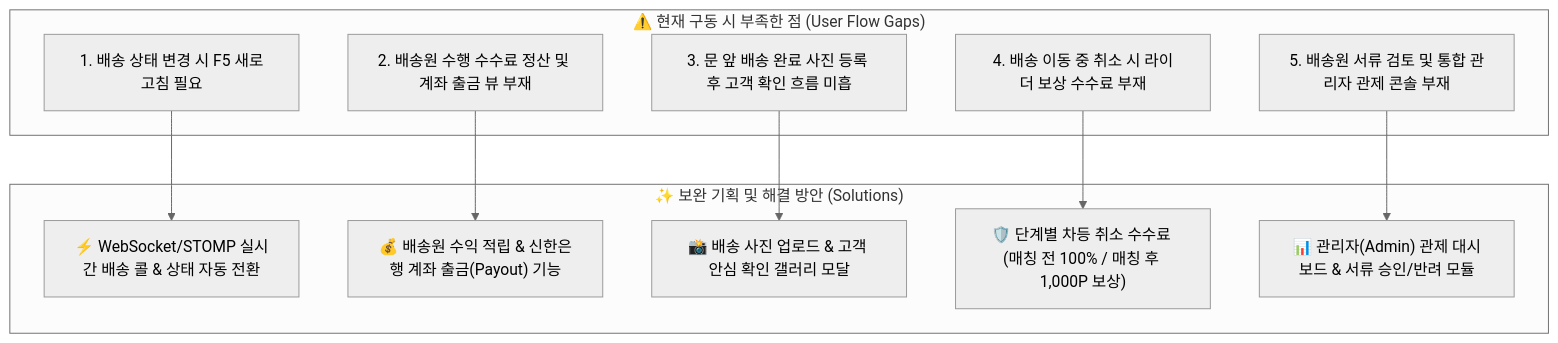
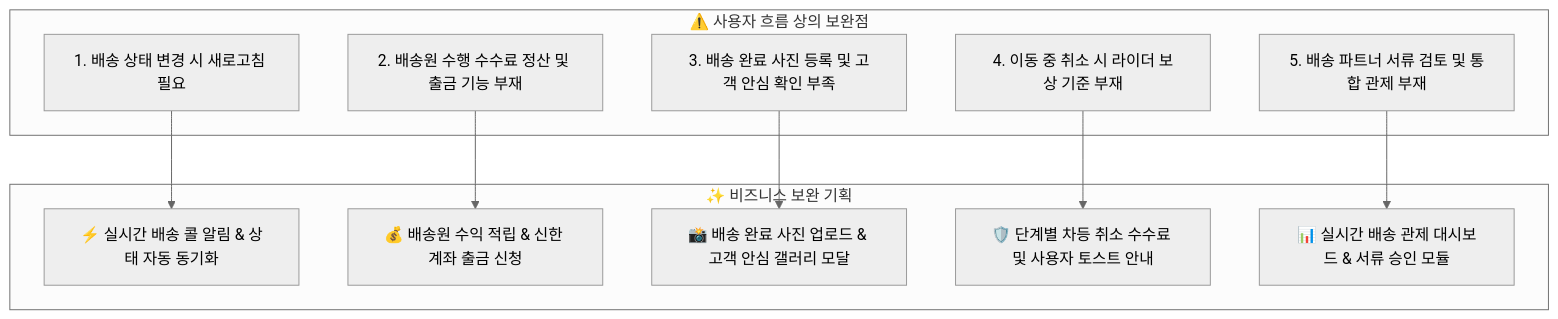
The first of 2 diagrams in docs/architecture/프로덕트-고도화-및-유저플로우-보완-기획서.md (ShinhanDSProject/shinhan-delivery), drawn with Mermaid (neutral theme) before and after one commit. The commit also changed other lines of this file, not shown here.

Commit message:
docs: 프로덕트 고도화 기획서에서 저시점 기술 용어를 제외하고 기획/비즈니스 중심으로 정제

````diff
--- a/docs/architecture/프로덕트-고도화-및-유저플로우-보완-기획서.md
+++ b/docs/architecture/프로덕트-고도화-및-유저플로우-보완-기획서.md
@@ -32,24 +32,24 @@
 ```mermaid
 flowchart TD
-    subgraph CurrentGaps ["⚠️ 현재 구동 시 부족한 점 (User Flow Gaps)"]
-        G1["1. 배송 상태 변경 시 F5 새로고침 필요"]
-        G2["2. 배송원 수행 수수료 정산 및 계좌 출금 뷰 부재"]
-        G3["3. 문 앞 배송 완료 사진 등록 후 고객 확인 흐름 미흡"]
-        G4["4. 배송 이동 중 취소 시 라이더 보상 수수료 부재"]
-        G5["5. 배송원 서류 검토 및 통합 관리자 관제 콘솔 부재"]
+    subgraph CurrentGaps ["⚠️ 사용자 흐름 상의 보완점"]
+        G1["1. 배송 상태 변경 시 새로고침 필요"]
+        G2["2. 배송원 수행 수수료 정산 및 출금 기능 부재"]
+        G3["3. 배송 완료 사진 등록 및 고객 안심 확인 부족"]
+        G4["4. 이동 중 취소 시 라이더 보상 기준 부재"]
+        G5["5. 배송 파트너 서류 검토 및 통합 관제 부재"]
     end
 
-    subgraph Solutions ["✨ 보완 기획 및 해결 방안 (Solutions)"]
-        S1["⚡ WebSocket/STOMP 실시간 배송 콜 & 상태 자동 전환"]
-        S2["💰 배송원 수익 적립 & 신한은행 계좌 출금(Payout) 기능"]
-        S3["📸 배송 사진 업로드 & 고객 안심 확인 갤러리 모달"]
-        S4["🛡️ 단계별 차등 취소 수수료 (매칭 전 100% / 매칭 후 1,000P 보상)"]
-        S5["📊 관리자(Admin) 관제 대시보드 & 서류 승인/반려 모듈"]
+    subgraph Solutions ["✨ 비즈니스 보완 기획"]
+        S1["⚡ 실시간 배송 콜 알림 & 상태 자동 동기화"]
+        S2["💰 배송원 수익 적립 & 신한 계좌 출금 신청"]
+        S3["📸 배송 완료 사진 업로드 & 고객 안심 갤러리 모달"]
+        S4["🛡️ 단계별 차등 취소 수수료 및 사용자 토스트 안내"]
+        S5["📊 실시간 배송 관제 대시보드 & 서류 승인 모듈"]
     end
 
     G1 --> S1
     G2 --> S2
     G3 --> S3
     G4 --> S4
     G5 --> S5
 ```
````
